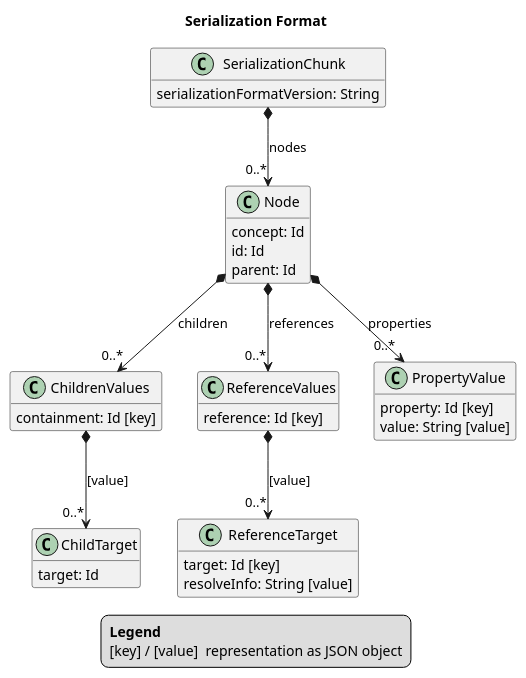
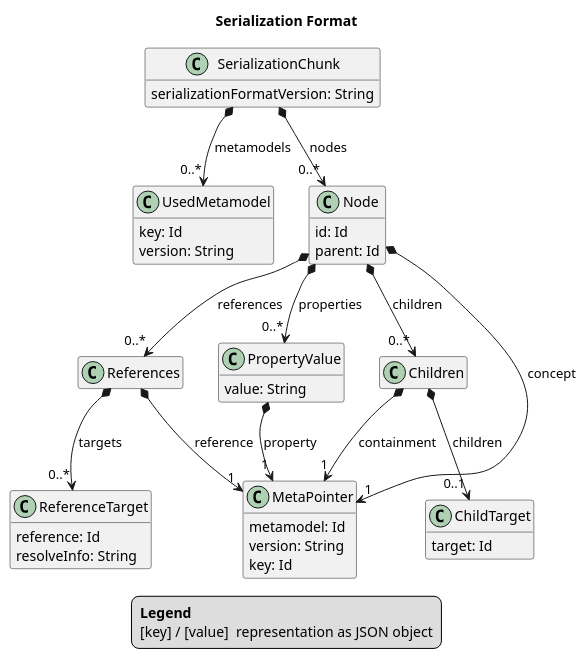
Before and after one commit to LionWeb-io/specification: the diagram in lioncore/serialization.puml, drawn with PlantUML. The commit also changed 2 other files, not shown here.

Commit message:
updated serialization docs (WIP)

```diff
--- a/lioncore/serialization.puml
+++ b/lioncore/serialization.puml
@@ -1,55 +1,72 @@
 @startuml
 title Serialization Format
 
 hide empty members
 
 legend
     <#transparent,#transparent>|= Legend |= |
     | [key] / [value] | representation as JSON object |
 end legend
 
 class SerializationChunk {
     serializationFormatVersion: String
 }
 
+SerializationChunk *--> "0..*" UsedMetamodel: metamodels
+
+class UsedMetamodel {
+    key: Id
+    version: String
+}
+
 SerializationChunk *--> "0..*" Node: nodes
 
 class Node {
-    concept: Id
     id: Id
     parent: Id
 }
 
-Node *--> "0..*" ChildrenValues: children
+Node *--> "1" MetaPointer: concept
 
-class ChildrenValues {
-    containment: Id [key]
+class MetaPointer {
+    metamodel: Id
+    version: String
+    key: Id
 }
 
-ChildrenValues *--> "0..*" ChildTarget: [value]
+Node *--> "0..*" Children: children
+
+class Children {
+}
+
+Children *--> "1" MetaPointer: containment
+
+Children *--> "0..1" ChildTarget: children
 
 class ChildTarget {
     target: Id
 }
 
-Node *--> "0..*" ReferenceValues: references
+Node *--> "0..*" References: references
 
-class ReferenceValues {
-    reference: Id [key]
+class References {
 }
 
-ReferenceValues *--> "0..*" ReferenceTarget: [value]
+References *--> "1" MetaPointer: reference
+
+References *--> "0..*" ReferenceTarget: targets
 
 class ReferenceTarget {
-    target: Id [key]
-    resolveInfo: String [value]
+    reference: Id
+    resolveInfo: String
 }
 
 Node *--> "0..*" PropertyValue: properties
 
 class PropertyValue {
-    property: Id [key]
-    value: String [value]
+    value: String
 }
 
+PropertyValue *--> "1" MetaPointer: property
+
 @enduml
```
